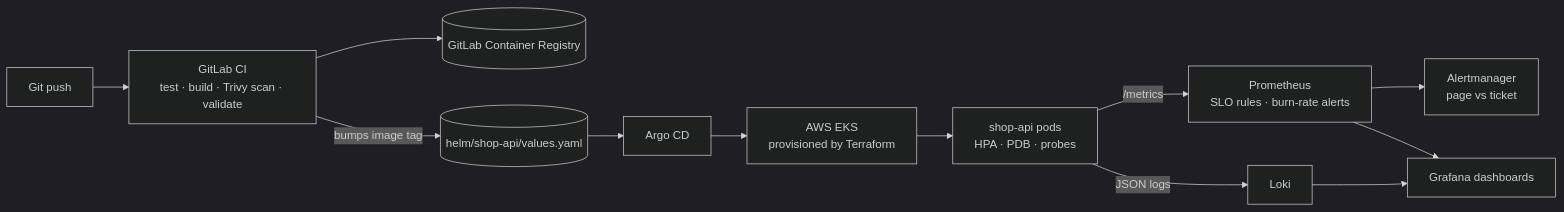
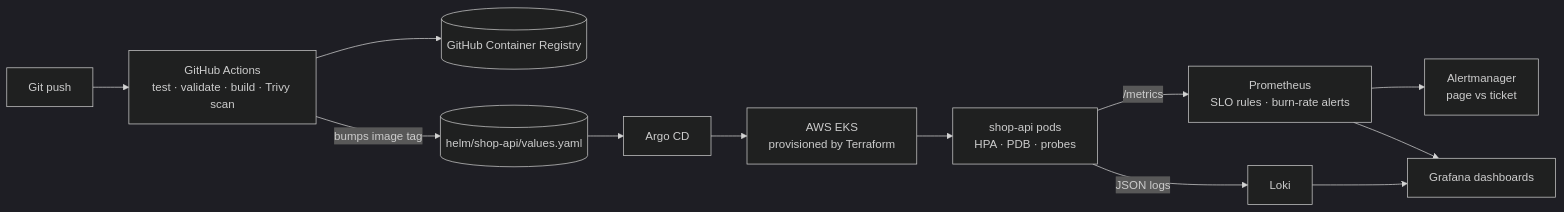
One commit to jefflenard007-JJ/reliability-platform changed the diagram in README.md. Above: the diagram before and after it, drawn with Mermaid (dark theme). The commit also changed other lines of this file and 5 other files, not shown here.

First line of the commit message:
Move CI to GitHub Actions and GitHub Container Registry

````diff
--- a/README.md
+++ b/README.md
@@ -5,14 +7,14 @@
 ```mermaid
 flowchart LR
-  dev[Git push] --> ci[GitLab CI<br/>test · build · Trivy scan · validate]
-  ci --> reg[(GitLab Container Registry)]
+  dev[Git push] --> ci[GitHub Actions<br/>test · validate · build · Trivy scan]
+  ci --> reg[(GitHub Container Registry)]
   ci -->|bumps image tag| git[(helm/shop-api/values.yaml)]
   git --> argo[Argo CD]
   argo --> eks[AWS EKS<br/>provisioned by Terraform]
   eks --> app[shop-api pods<br/>HPA · PDB · probes]
   app -->|/metrics| prom[Prometheus<br/>SLO rules · burn-rate alerts]
   app -->|JSON logs| loki[Loki]
   prom --> am[Alertmanager<br/>page vs ticket]
   prom --> graf[Grafana dashboards]
   loki --> graf
 ```
````
